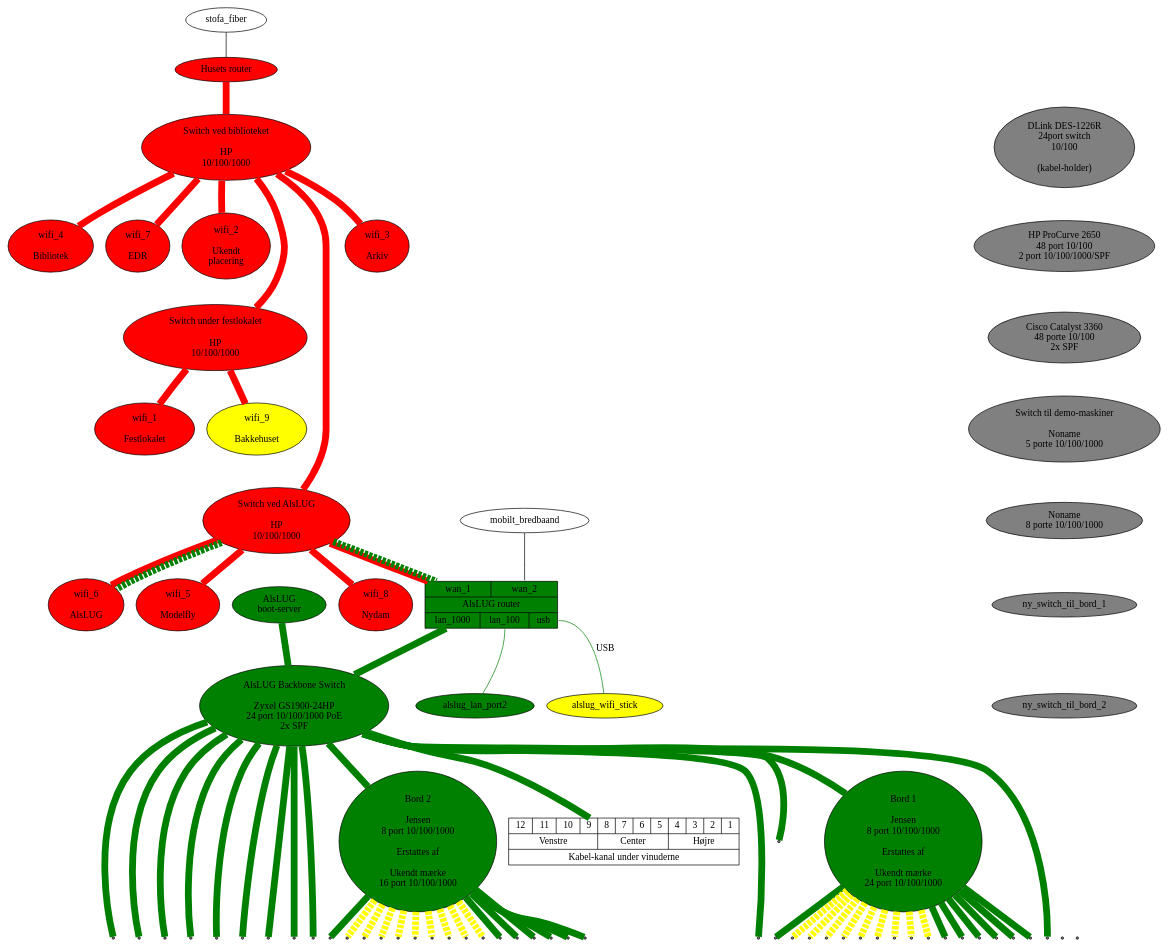
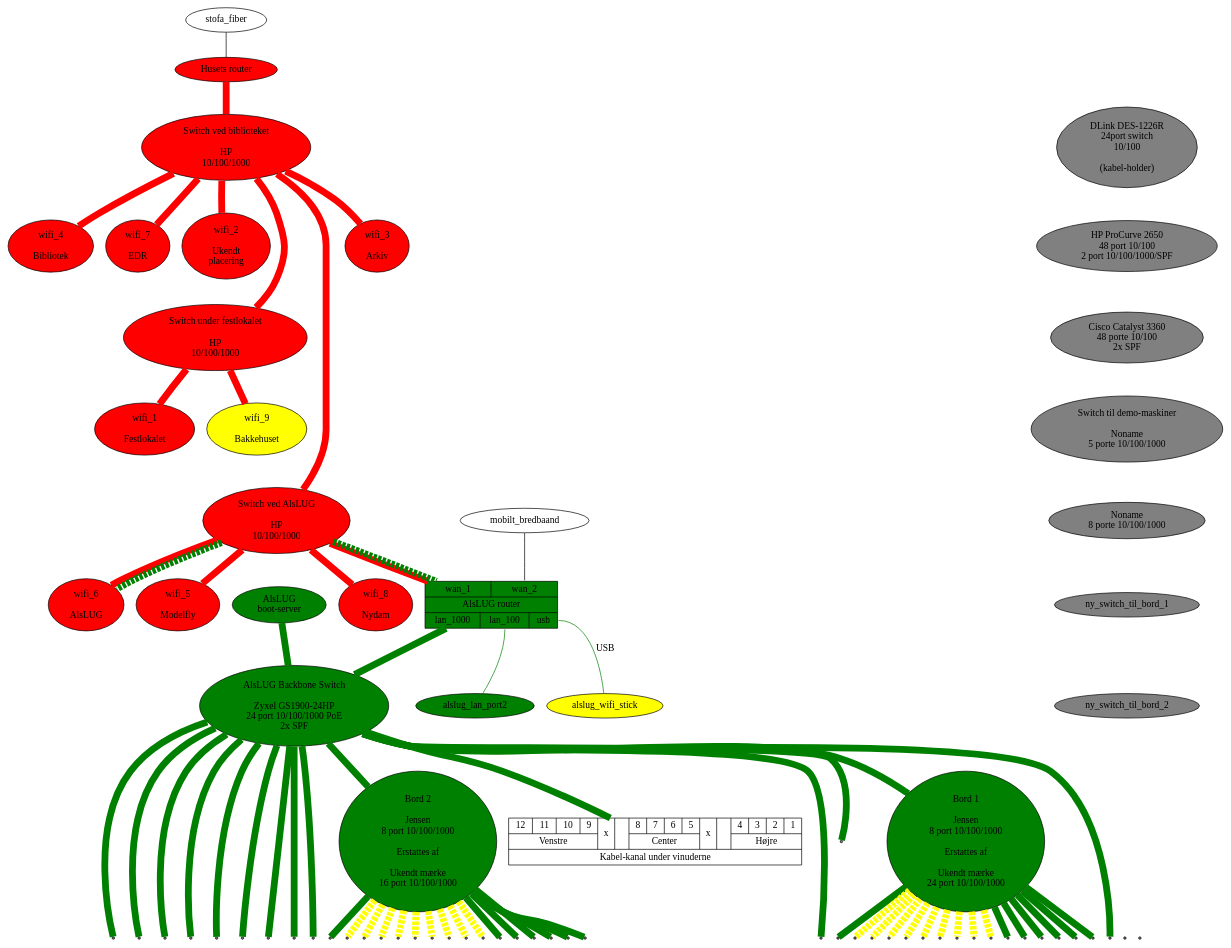
The diagram in projekter/network.dot (alslug/alslug.dk), drawn with Graphviz before and after one commit.

```diff
--- a/projekter/network.dot
+++ b/projekter/network.dot
@@ -1,114 +1,116 @@
 digraph xxx {
 #  link_12a [ shape=point ];
 #  link_12b [ shape=point ];
 #  link_12c [ shape=point ];
   edge [ dir=none penwidth=10 ];
 
   node [ style=filled fillcolor=red ];
   husets_router [ label="Husets router" ];
   husets_switch_1 [ label="Switch ved biblioteket\n\nHP\n10/100/1000" ];
   husets_switch_2 [ label="Switch ved AlsLUG\n\nHP\n10/100/1000" ];
   festlokale_switch [ label="Switch under festlokalet\n\nHP\n10/100/1000" ];
   wifi_1 [ label=" wifi_1 \n\n Festlokalet "                ];
   wifi_2 [ label=" wifi_2 \n\n Ukendt \n placering "        ];
   wifi_3 [ label=" wifi_3 \n\n Arkiv "                      ];
   wifi_4 [ label=" wifi_4 \n\n Bibliotek "                  ];
   wifi_5 [ label=" wifi_5 \n\n Modelfly "                   ];
   wifi_6 [ label=" wifi_6 \n\n AlsLUG "                     ];
   wifi_7 [ label=" wifi_7 \n\n EDR "                        ];
   wifi_8 [ label=" wifi_8 \n\n Nydam "                      ];
   wifi_9 [ label=" wifi_9 \n\n Bakkehuset" fillcolor=yellow ];
   
   node [ style=filled fillcolor=green ];
   alslug_router [ shape=record label="{{<wan_1> wan_1|<wan_2> wan_2}|AlsLUG router|{<lan_1000> lan_1000|<lan_100> lan_100|<usb> usb}}" ];
   alslug_gl_bootserver [ label="AlsLUG\nboot-server" ];
   alslug_backbone_switch [ label="AlsLUG Backbone Switch\n\nZyxel GS1900-24HP\n24 port 10/100/1000 PoE\n2x SPF"];
   bord_1 [ label="Bord 1\n\nJensen\n8 port 10/100/1000\n\n Erstattes af\n\nUkendt mærke\n24 port 10/100/1000"];
   bord_2 [ label="Bord 2\n\nJensen\n8 port 10/100/1000\n\n Erstattes af\n\nUkendt mærke\n16 port 10/100/1000"];
   alslug_wifi_stick alslug_lan_port2;
   
   // Udstyr som pt ikke bruges
   node [ style=filled fillcolor=gray ];
   switch_24p      [ label="DLink DES-1226R\n24port switch\n10/100\n\n(kabel-holder)"];
   switch_48p      [ label="HP ProCurve 2650\n48 port 10/100\n2 port 10/100/1000/SPF"];
   switch_48p_poe  [ label="Cisco Catalyst 3360\n48 porte 10/100\n2x SPF"];
   switch_5p       [ label="Switch til demo-maskiner\n\nNoname\n5 porte 10/100/1000" ];
   switch_8p       [ label="Noname\n8 porte 10/100/1000"];
   
   switch_24p -> switch_48p -> switch_48p_poe -> switch_5p -> switch_8p -> ny_switch_til_bord_1 -> ny_switch_til_bord_2 -> bord_1 [ color=invis ];
   
   
   node [ style=normal ];
   // Internet forbindelser
   stofa_fiber      -> husets_router:wan_1 [ penwidth=1 fillcolor=black style=filled ];
   mobilt_bredbaand -> alslug_router:wan_2 [ penwidth=1 fillcolor=black style=filled ];
   
   // Husets forbindelser
   edge  [ color=red style=solid ];
   husets_switch_1 -> festlokale_switch -> {             wifi_1                                                  wifi_9 };
   husets_router -> husets_switch_1 -> {                        wifi_2 wifi_3 wifi_4               wifi_7               };
   husets_switch_1 -> husets_switch_2 -> { alslug_router                             wifi_5 wifi_6        wifi_8        };
 
   // VLAN forbindelser over bakkensbros netværk
   edge  [ color=green style=dashed ];
   husets_switch_2 -> { alslug_router:wan_1 wifi_6 };
 
   alslug_wifi_stick [ fillcolor=yellow style=filled ];
 
   // Interne forbindelser
   edge [ color=green style=solid ];
   node [ shape=point ];
   
   {alslug_router:lan_1000 alslug_gl_bootserver} -> alslug_backbone_switch -> { bord_1 bord_2 
                   vindue:1
                   vindue:2
                   vindue:3
                   vindue:4
                   vindue:5
                   vindue:6
                   vindue:7
                   vindue:8
                   vindue:9
                   vindue:10
                   vindue:11
                   vindue:12
                   vinude_left_12  vindue_left_11  vindue_left_10  vindue_left_9
                   vindue_center_8 vindue_center_7 vindue_center_6 vindue_center_5
                   vindue_right_4  vindue_right_3  vindue_right_2  vindue_right_1
                   }
 
   alslug_router:usb -> alslug_wifi_stick [ penwidth=1 label="USB" ];
   alslug_router:lan_100 -> alslug_lan_port2 [ penwidth=1 ];
   
   bord_1 -> {
                   bord_1_1 bord_1_2 bord_1_3 bord_1_4 bord_1_5 bord_1_6 bord_1_7
                 };
   bord_1 -> {
                   bord_1_8 bord_1_9 bord_1_10 bord_1_11 bord_1_12 bord_1_13 bord_1_14 bord_1_15 bord_1_16
                 } [ style=dashed color=yellow ];
   bord_2 -> {
                   bord_2_1 bord_2_2 bord_2_3 bord_2_4 bord_2_5 bord_2_6 bord_2_7
                 };
   bord_2 -> {
                   bord_2_8 bord_2_9 bord_2_10 bord_2_11 bord_2_12 bord_2_13 bord_2_14 bord_2_15 bord_2_16
                 } [ style=dashed color=yellow ];
                 
   edge [ color=invis ];
   husets_switch_1 -> wifi_2 -> festlokale_switch -> wifi_1 -> husets_switch_2;
 
   vindue [ shape=record label="{{ {{<12>12|<11>11|<10>10|<9>9}  | Venstre }|
+                                  x||
                                   {{<8>8|<7>7|<6>6|<5>5}        | Center  }|
+                                  x||
                                   {{<4>4|<3>3|<2>2|<1>1}        | Højre   }}| Kabel-kanal under vinuderne }}" ];
 
   subgraph {
     rank = same;
                   vinude;
                   vindue_left_12;   vindue_left_11;   vindue_left_10;   vindue_left_9;
                   vindue_center_8;  vindue_center_7;  vindue_center_6;  vindue_center_5;
                   vindue_right_4;   vindue_right_3;   vindue_right_2;   vindue_right_1;
                   bord_1_1;   bord_1_2;   bord_1_3;   bord_1_4;   bord_1_5;   bord_1_6;   bord_1_7;   bord_1_8;
                   bord_1_9;   bord_1_10;  bord_1_11;  bord_1_12;  bord_1_13;  bord_1_14;  bord_1_15;  bord_1_16;
                   bord_2_1;   bord_2_2;   bord_2_3;   bord_2_4;   bord_2_5;   bord_2_6;   bord_2_7;   bord_2_8;
                   bord_2_9;   bord_2_10;  bord_2_11;  bord_2_12;  bord_2_13;  bord_2_14;  bord_2_15;  bord_2_16;
   }
 }
```
